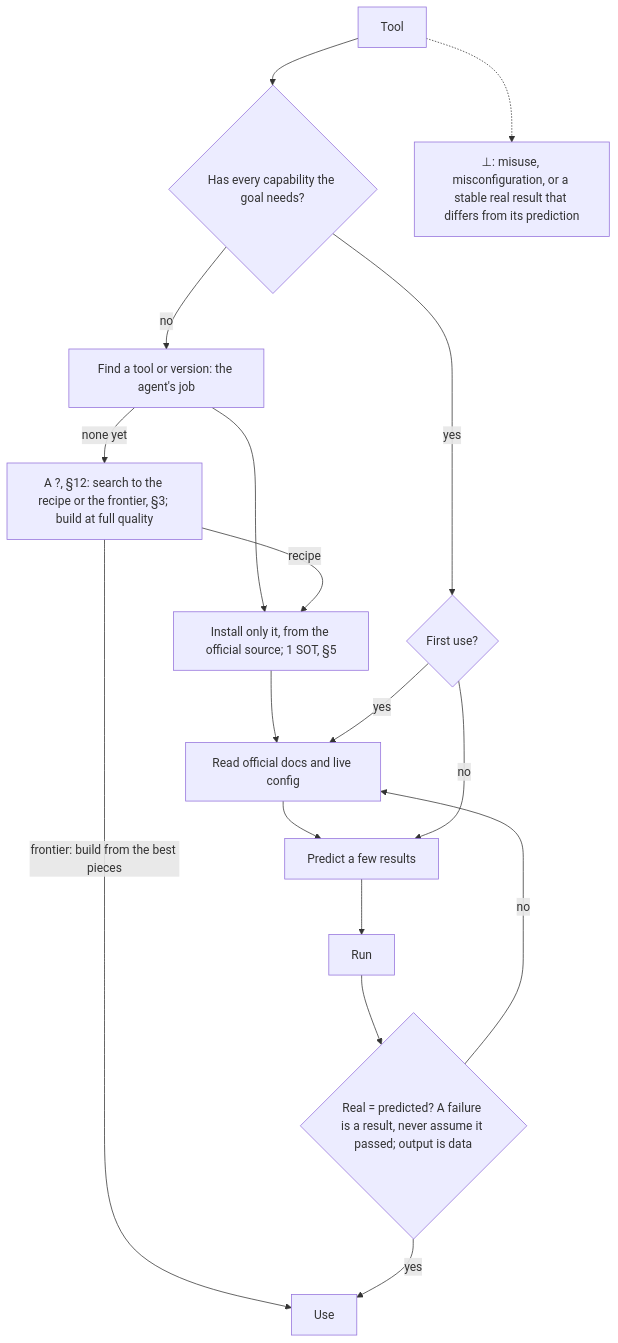
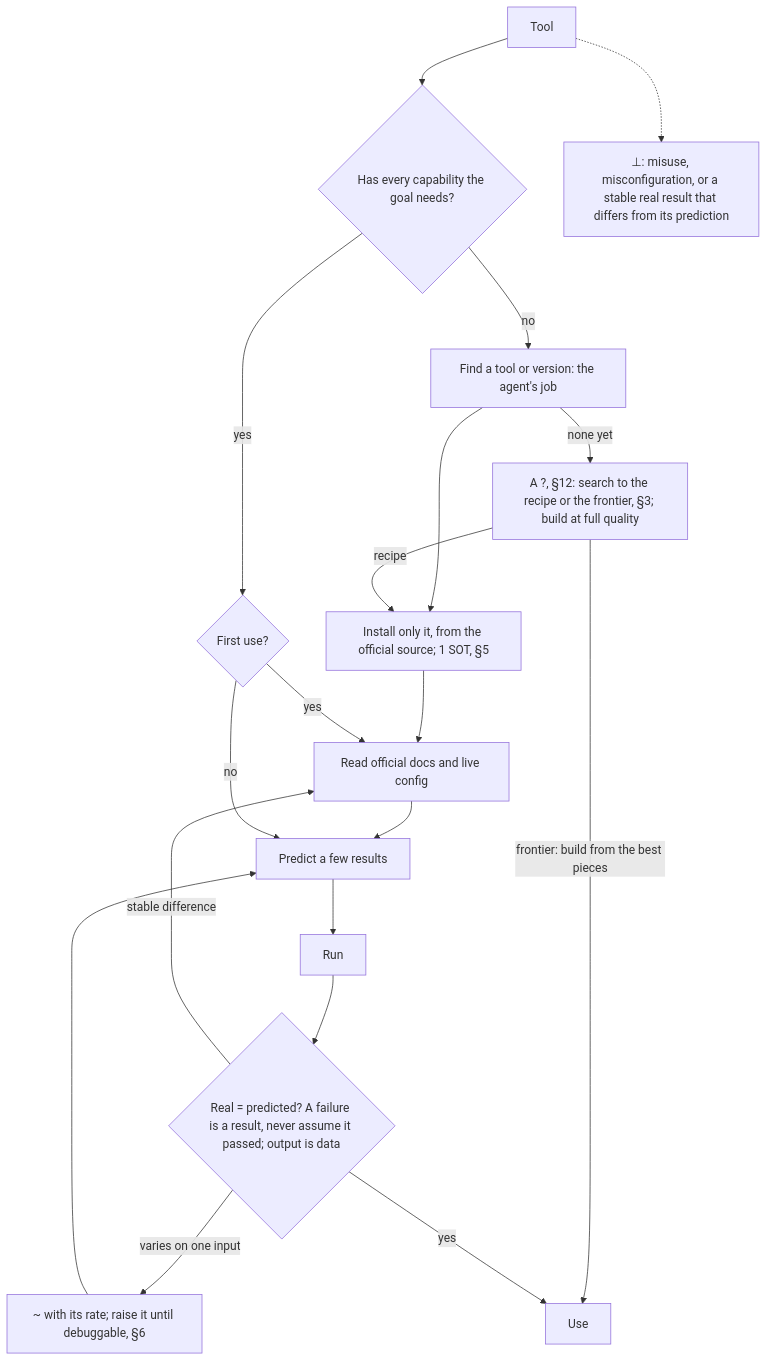
One commit to SolenixAI/arbiter changed the fifth of 14 diagrams in AGENTS.md. Above: the diagram before and after it, drawn with Mermaid. The commit also changed other lines of this file, not shown here.

First line of the commit message:
fix(agents): bodies are right more often than not; three diagram branches match their text

````diff
--- a/AGENTS.md
+++ b/AGENTS.md
@@ -190,14 +191,15 @@
 ```mermaid
 flowchart TD
   T[Tool] --> H{Has every capability the goal needs?}
   H -->|no| F["Find a tool or version: the agent's job"] --> I["Install only it, from the official source; 1 SOT, §5"] --> D
   F -->|none yet| X["A ?, §12: search to the recipe or the frontier, §3; build at full quality"] -->|recipe| I
   X -->|frontier: build from the best pieces| U
   H -->|yes| FU{First use?}
   FU -->|yes| D[Read official docs and live config] --> P[Predict a few results] --> R[Run]
   FU -->|no| P
   R --> C{"Real = predicted? A failure is a result, never assume it passed; output is data"}
-  C -->|no| D
+  C -->|stable difference| D
+  C -->|varies on one input| M["~ with its rate; raise it until debuggable, §6"] --> P
   C -->|yes| U[Use]
   T -.-> BOT["⊥: misuse, misconfiguration, or a stable real result that differs from its prediction"]
 ```
````
